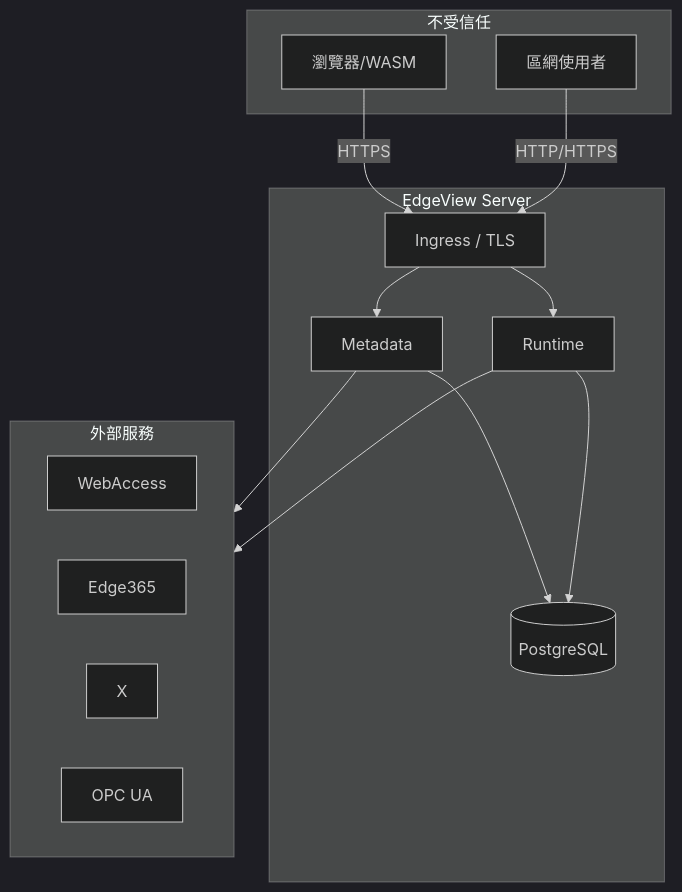
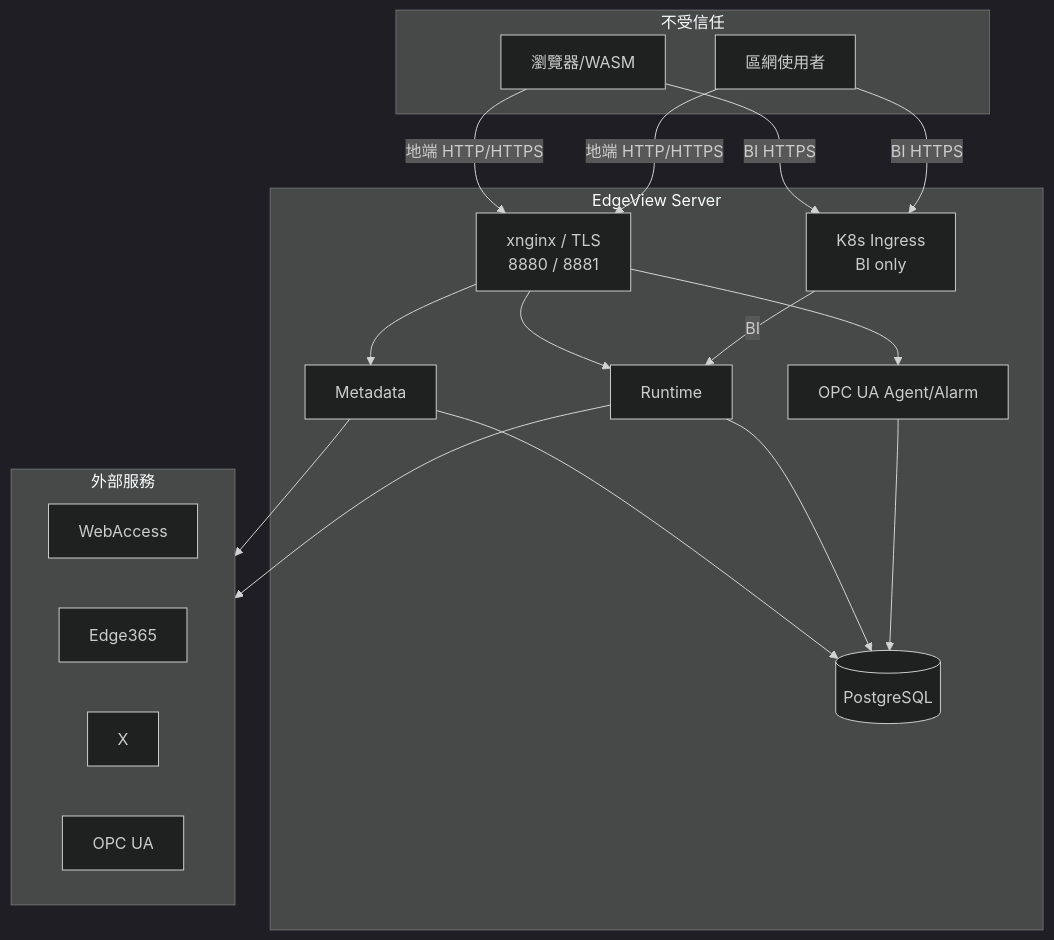
Before and after one commit to PochengChen-del/EdgeViewDoc: the first of 2 diagrams in SDS/08_Security_Design.md, drawn with Mermaid (dark theme). The commit also changed other lines of this file and 19 other files, not shown here.

Commit message:
完成 SDS 架構調整，將「地端 xnginx」與「EdgeHub/BI K8s Ingress」明確分流

````diff
--- a/SDS/08_Security_Design.md
+++ b/SDS/08_Security_Design.md
@@ -16,27 +16,34 @@
 ```mermaid
 flowchart TB
     subgraph Untrusted["不受信任"]
         Browser[瀏覽器/WASM]
         LAN[區網使用者]
     end
     subgraph Edge["EdgeView Server"]
-        Ingress[Ingress / TLS]
+        NG[xnginx / TLS<br/>8880 / 8881]
+        Ingress[K8s Ingress<br/>BI only]
         Meta[Metadata]
         Proxy[Runtime]
+        Agent[OPC UA Agent/Alarm]
         DB[(PostgreSQL)]
     end
     subgraph External["外部服務"]
         WA[WebAccess]
         EH[Edge365]
         X[X]
         OPC[OPC UA]
     end
-    Browser -->|HTTPS| Ingress
-    LAN -->|HTTP/HTTPS| Ingress
-    Ingress --> Meta
-    Ingress --> Proxy
+    Browser -->|地端 HTTP/HTTPS| NG
+    LAN -->|地端 HTTP/HTTPS| NG
+    Browser -->|BI HTTPS| Ingress
+    LAN -->|BI HTTPS| Ingress
+    NG --> Meta
+    NG --> Proxy
+    NG --> Agent
+    Ingress -->|BI| Proxy
     Meta --> DB
     Proxy --> DB
+    Agent --> DB
     Meta --> External
     Proxy --> External
 ```
````
